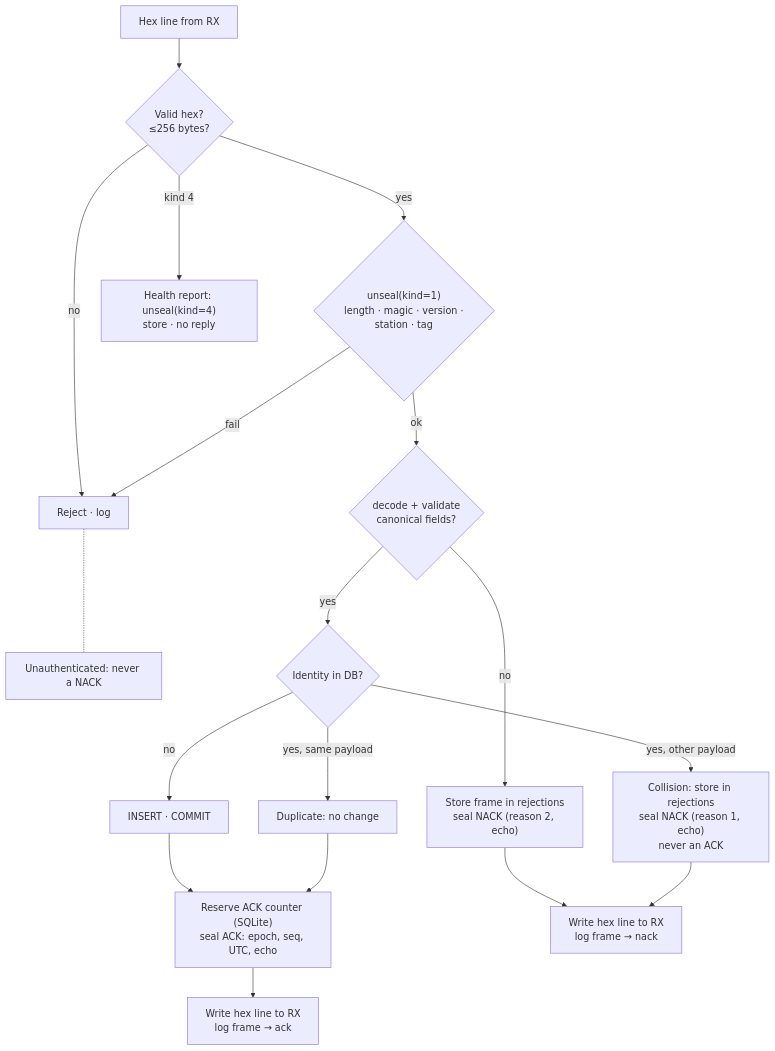
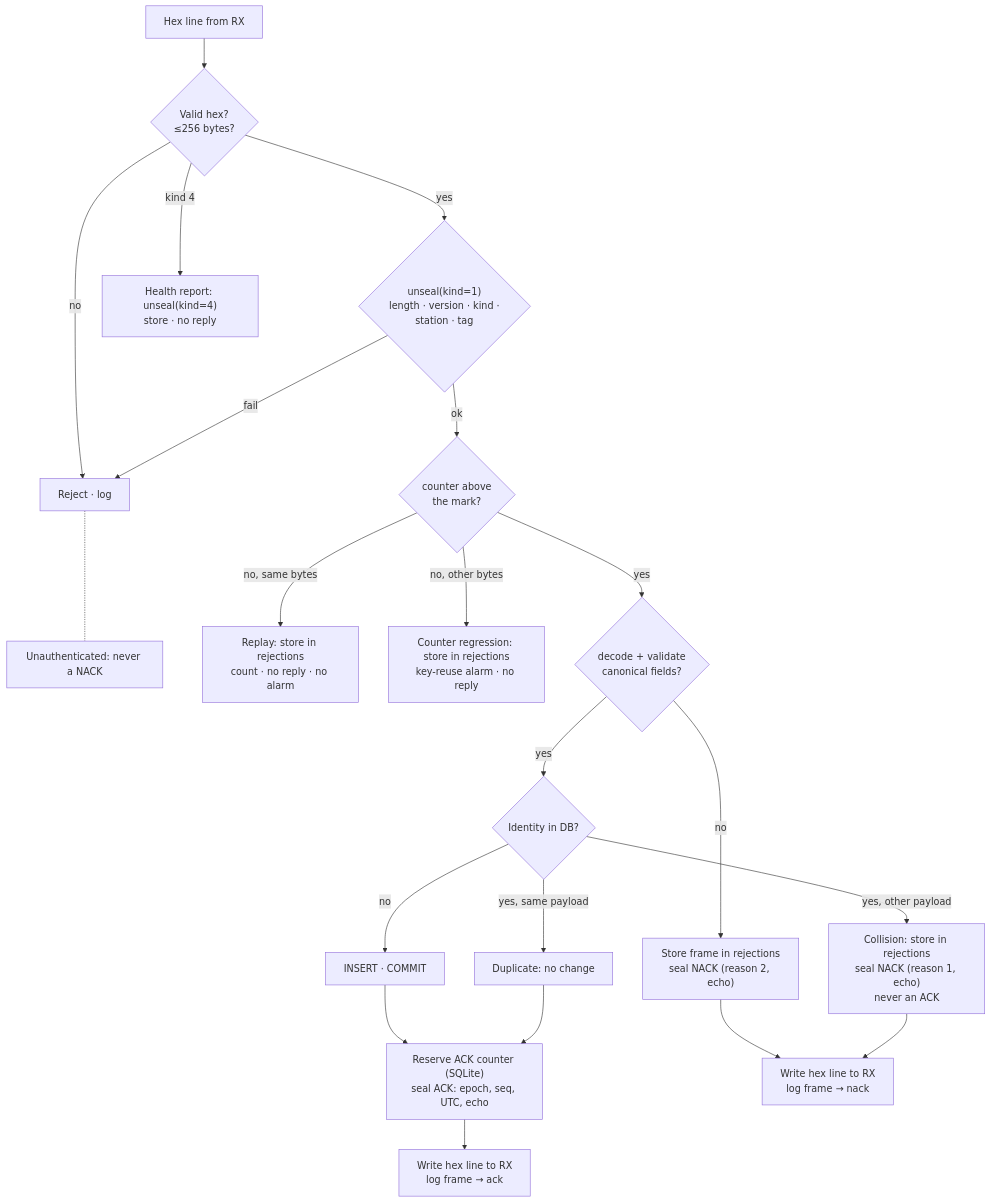
The ninth of 11 diagrams in docs/protocol-stack.md (clintecker/weather-station-2026), drawn with Mermaid before and after one commit. The commit also changed other lines of this file and 11 other files, not shown here.

````diff
--- a/docs/protocol-stack.md
+++ b/docs/protocol-stack.md
@@ -634,20 +658,23 @@
 ```mermaid
 flowchart TD
   L["Hex line from RX"] --> P{"Valid hex?<br/>≤256 bytes?"}
   P -- no --> RJ["Reject · log"]
-  P -- yes --> U{"unseal(kind=1)<br/>length · magic · version ·<br/>station · tag"}
+  P -- yes --> U{"unseal(kind=1)<br/>length · version · kind ·<br/>station · tag"}
   P -- "kind 4" --> DG["Health report: unseal(kind=4)<br/>store · no reply"]
   U -- fail --> RJ
   RJ -.- NO["Unauthenticated: never a NACK"]
-  U -- ok --> D{"decode + validate<br/>canonical fields?"}
+  U -- ok --> CT{"counter above<br/>the mark?"}
+  CT -- "no, same bytes" --> RP["Replay: store in rejections<br/>count · no reply · no alarm"]
+  CT -- "no, other bytes" --> KR["Counter regression: store in rejections<br/>key-reuse alarm · no reply"]
+  CT -- yes --> D{"decode + validate<br/>canonical fields?"}
   D -- no --> NK["Store frame in rejections<br/>seal NACK (reason 2, echo)"]
   D -- yes --> I{"Identity in DB?"}
   I -- "no" --> W["INSERT · COMMIT"]
   I -- "yes, same payload" --> DUP["Duplicate: no change"]
   I -- "yes, other payload" --> COL["Collision: store in rejections<br/>seal NACK (reason 1, echo)<br/>never an ACK"]
   W --> A["Reserve ACK counter (SQLite)<br/>seal ACK: epoch, seq, UTC, echo"]
   DUP --> A
   A --> S["Write hex line to RX<br/>log frame → ack"]
   NK --> S2["Write hex line to RX<br/>log frame → nack"]
   COL --> S2
 ```
````
